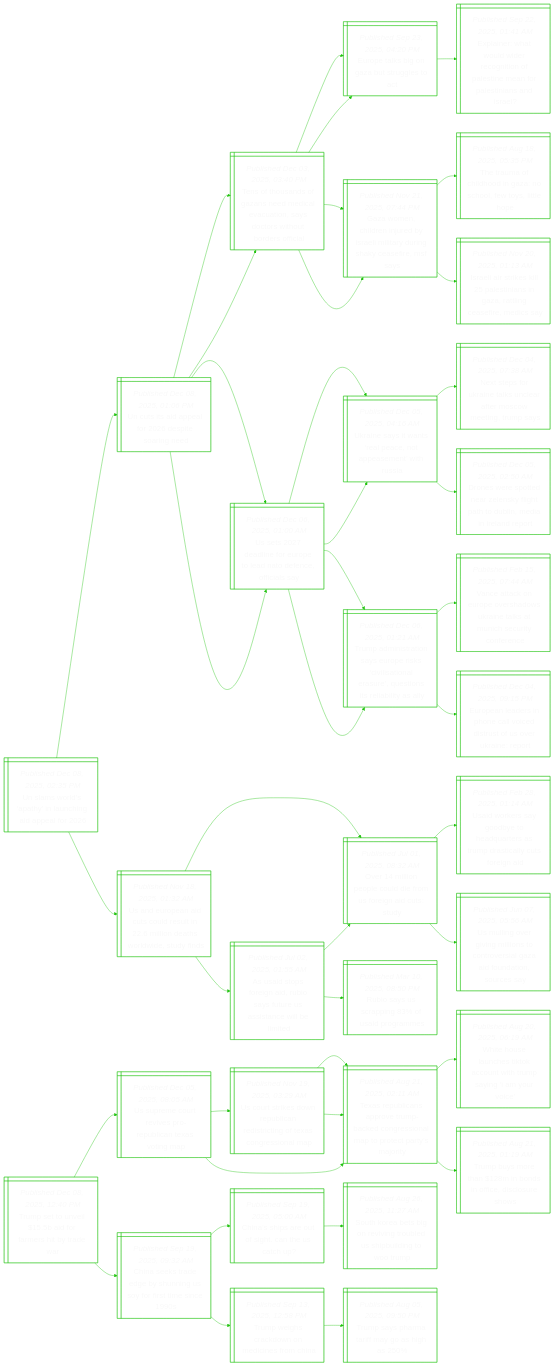
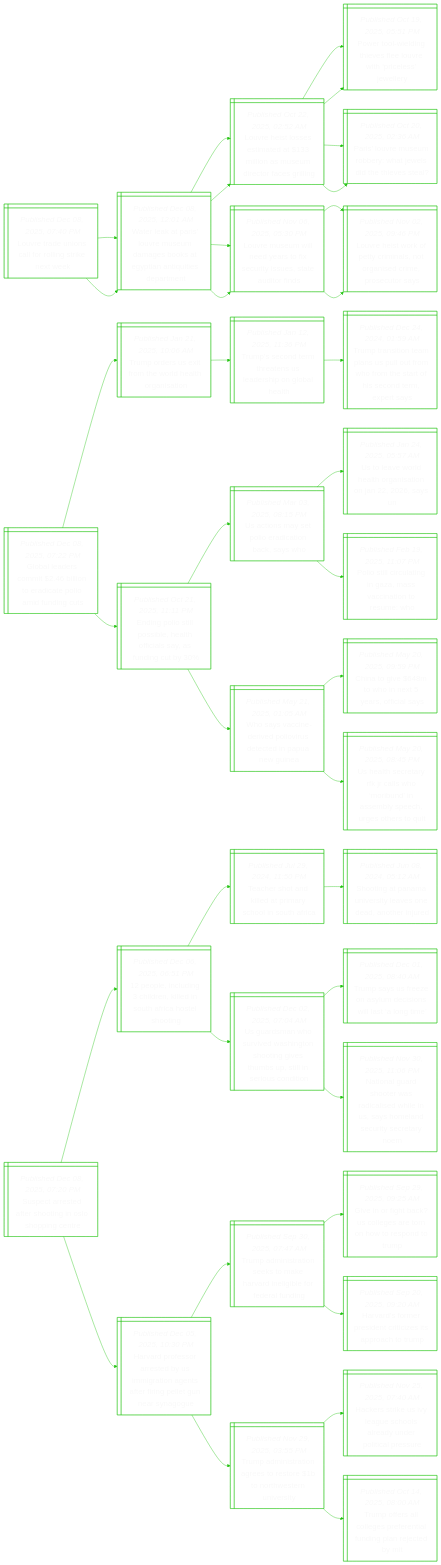
The diagram in README.md (notJmes/notJmes), drawn with Mermaid before and after one commit. The commit also changed other lines of this file, not shown here.

````diff
--- a/README.md
+++ b/README.md
@@ -16,133 +16,121 @@
 flowchart LR
 classDef txtsize font-size:20px;
 
-Umlancapo@{ shape: win-pane, label: "_Published Dec 08, 2025, 02:35 PM_
-Un slams world’s ‘apathy’ in launching aid appeal for 2026" }
-Usierian@{ shape: win-pane, label: "_Published Dec 08, 2025, 01:06 PM_
-Un cuts its aid appeal for 2026 despite soaring need" }
-TfsoaeivtacWudfa@{ shape: win-pane, label: "_Published Dec 03, 2025, 03:40 PM_
-Tens of thousands of gazans need medical evacuation, says doctors without borders official" }
-Eesnbrec@{ shape: win-pane, label: "_Published Sep 23, 2025, 04:20 PM_
-Europe talks big on gaza but struggles to act" }
-Goheuyelynksea@{ shape: win-pane, label: "_Published Nov 21, 2025, 07:44 PM_
-Gaza women, children injured by israeli military during shaky ceasefire, msf says" }
-UsloolAfoia@{ shape: win-pane, label: "_Published Dec 06, 2025, 01:00 AM_
-Us sets 2027 deadline for europe to lead nato defence, officials say" }
-UnsnacastRa@{ shape: win-pane, label: "_Published Dec 05, 2025, 04:16 AM_
-Ukraine says it wants ‘real peace, not appeasement’ with russia" }
-Taitariisnaqitiia@{ shape: win-pane, label: "_Published Dec 06, 2025, 01:21 AM_
-Trump administration says europe risks ‘civilisational erasure’, questions its reliability as ally" }
-UEedcrtldsdsf@{ shape: win-pane, label: "_Published Nov 18, 2025, 01:32 AM_
-Us and european aid cuts could result in 22.6 million deaths worldwide, study finds" }
-OinllfSidS@{ shape: win-pane, label: "_Published Jul 01, 2025, 08:32 AM_
-Over 14 million people could die from us foreign aid cuts: study" }
-Uwrgyeasuaaura@{ shape: win-pane, label: "_Published Feb 28, 2025, 01:14 AM_
-Usaid workers say goodbye to headquarters as trump drastically cuts foreign aid" }
-Ulvvinovaaotos@{ shape: win-pane, label: "_Published Jun 07, 2025, 05:56 AM_
-Us mulling over giving millions to controversial gaza aid foundation, sources say" }
-Aipeiisrsaile@{ shape: win-pane, label: "_Published Jul 02, 2025, 01:55 AM_
-As usaid stops foreign aid, rubio says future us assistance will be limited" }
-RsSpoige@{ shape: win-pane, label: "_Published Mar 10, 2025, 08:50 PM_
-Rubio says us scrapping 83% of usaid programmes" }
-OinllfSidS@{ shape: win-pane, label: "_Published Jul 01, 2025, 08:32 AM_
-Over 14 million people could die from us foreign aid cuts: study" }
+Leenlogkt@{ shape: win-pane, label: "_Published Dec 08, 2025, 07:40 PM_
+Louvre trade unions call for rolling strike next week" }
+Wltsrembapausrt@{ shape: win-pane, label: "_Published Dec 08, 2025, 12:01 AM_
+Water leak at paris’ louvre museum damages books at egyptian antiquities department" }
+Leteidlaerrsl@{ shape: win-pane, label: "_Published Oct 22, 2025, 02:52 AM_
+Louvre heist losses estimated at $133 million as museum director faces grilling" }
+Ptineluiisey@{ shape: win-pane, label: "_Published Oct 19, 2025, 05:51 PM_
+Power tool-wielding thieves flee louvre with ‘priceless’ jewellery" }
+PLeubhwitea@{ shape: win-pane, label: "_Published Oct 20, 2025, 02:36 AM_
+Paris’ louvre museum robbery: what jewels did the thieves steal?" }
+Leulytsisturs@{ shape: win-pane, label: "_Published Nov 06, 2025, 05:30 PM_
+Louvre museum will need years to fix security issues, state auditor finds" }
+Letotmsrsioty@{ shape: win-pane, label: "_Published Nov 02, 2025, 09:46 PM_
+Louvre heist work of petty criminals, not organised crime, prosecutor says" }
+Wltsrembapausrt@{ shape: win-pane, label: "_Published Dec 08, 2025, 12:01 AM_
+Water leak at paris’ louvre museum damages books at egyptian antiquities department" }
+Leteidlaerrsl@{ shape: win-pane, label: "_Published Oct 22, 2025, 02:52 AM_
+Louvre heist losses estimated at $133 million as museum director faces grilling" }
+Ptineluiisey@{ shape: win-pane, label: "_Published Oct 19, 2025, 05:51 PM_
+Power tool-wielding thieves flee louvre with ‘priceless’ jewellery" }
+PLeubhwitea@{ shape: win-pane, label: "_Published Oct 20, 2025, 02:36 AM_
+Paris’ louvre museum robbery: what jewels did the thieves steal?" }
+Leulytsisturs@{ shape: win-pane, label: "_Published Nov 06, 2025, 05:30 PM_
+Louvre museum will need years to fix security issues, state auditor finds" }
+Letotmsrsioty@{ shape: win-pane, label: "_Published Nov 02, 2025, 09:46 PM_
+Louvre heist work of petty criminals, not organised crime, prosecutor says" }
 
-Umlancapo:::txtsize --> Usierian:::txtsize
-Usierian:::txtsize --> TfsoaeivtacWudfa:::txtsize
-TfsoaeivtacWudfa:::txtsize --> Eesnbrec:::txtsize
-TfsoaeivtacWudfa:::txtsize --> Goheuyelynksea:::txtsize
-Usierian:::txtsize --> UsloolAfoia:::txtsize
-UsloolAfoia:::txtsize --> UnsnacastRa:::txtsize
-UsloolAfoia:::txtsize --> Taitariisnaqitiia:::txtsize
-Umlancapo:::txtsize --> UEedcrtldsdsf:::txtsize
-UEedcrtldsdsf:::txtsize --> OinllfSidS:::txtsize
-OinllfSidS:::txtsize --> Uwrgyeasuaaura:::txtsize
-OinllfSidS:::txtsize --> Ulvvinovaaotos:::txtsize
-UEedcrtldsdsf:::txtsize --> Aipeiisrsaile:::txtsize
-Aipeiisrsaile:::txtsize --> RsSpoige:::txtsize
-Aipeiisrsaile:::txtsize --> OinllfSidS:::txtsize
+Leenlogkt:::txtsize --> Wltsrembapausrt:::txtsize
+Wltsrembapausrt:::txtsize --> Leteidlaerrsl:::txtsize
+Leteidlaerrsl:::txtsize --> Ptineluiisey:::txtsize
+Leteidlaerrsl:::txtsize --> PLeubhwitea:::txtsize
+Wltsrembapausrt:::txtsize --> Leulytsisturs:::txtsize
+Leulytsisturs:::txtsize --> Letotmsrsioty:::txtsize
+Leenlogkt:::txtsize --> Wltsrembapausrt:::txtsize
+Wltsrembapausrt:::txtsize --> Leteidlaerrsl:::txtsize
+Leteidlaerrsl:::txtsize --> Ptineluiisey:::txtsize
+Leteidlaerrsl:::txtsize --> PLeubhwitea:::txtsize
+Wltsrembapausrt:::txtsize --> Leulytsisturs:::txtsize
+Leulytsisturs:::txtsize --> Letotmsrsioty:::txtsize
 
-Usierian@{ shape: win-pane, label: "_Published Dec 08, 2025, 01:06 PM_
-Un cuts its aid appeal for 2026 despite soaring need" }
-TfsoaeivtacWudfa@{ shape: win-pane, label: "_Published Dec 03, 2025, 03:40 PM_
-Tens of thousands of gazans need medical evacuation, says doctors without borders official" }
-Eesnbrec@{ shape: win-pane, label: "_Published Sep 23, 2025, 04:20 PM_
-Europe talks big on gaza but struggles to act" }
-Eihudctfsmoeina@{ shape: win-pane, label: "_Published Sep 22, 2025, 01:41 AM_
-Explainer: what would wider recognition of palestine mean for palestinians and israel?" }
-Goheuyelynksea@{ shape: win-pane, label: "_Published Nov 21, 2025, 07:44 PM_
-Gaza women, children injured by israeli military during shaky ceasefire, msf says" }
-Tafdiahesle@{ shape: win-pane, label: "_Published Aug 18, 2025, 05:35 PM_
-The trauma of childhood in gaza: no school, few toys, little hope" }
-IlselsaGansec@{ shape: win-pane, label: "_Published Nov 20, 2025, 01:13 AM_
-Israeli air strikes kill 25 palestinians in gaza, rattling ceasefire, medics say" }
-UsloolAfoia@{ shape: win-pane, label: "_Published Dec 06, 2025, 01:00 AM_
-Us sets 2027 deadline for europe to lead nato defence, officials say" }
-UnsnacastRa@{ shape: win-pane, label: "_Published Dec 05, 2025, 04:16 AM_
-Ukraine says it wants ‘real peace, not appeasement’ with russia" }
-Ntoaanrrotra@{ shape: win-pane, label: "_Published Dec 04, 2025, 07:38 AM_
-Next steps for ukraine talks unclear after moscow meeting, trump says" }
-Dssernlpoiirdr@{ shape: win-pane, label: "_Published Dec 05, 2025, 02:50 AM_
-Drones were spotted near zelensky flight path to dublin, media in ireland report" }
-Taitariisnaqitiia@{ shape: win-pane, label: "_Published Dec 06, 2025, 01:21 AM_
-Trump administration says europe risks ‘civilisational erasure’, questions its reliability as ally" }
-VakrvaUnkusinn@{ shape: win-pane, label: "_Published Feb 15, 2025, 07:44 AM_
-Vance attack on europe overshadows ukraine talks at munich security conference" }
-EeainletovrRt@{ shape: win-pane, label: "_Published Dec 04, 2025, 09:15 PM_
-European leaders in phone call voiced distrust of us over ukraine: report" }
+Gleminatidit@{ shape: win-pane, label: "_Published Dec 08, 2025, 07:22 PM_
+Global leaders commit $2.46 billion to eradicate polio amid funding cuts" }
+TosimoeOio@{ shape: win-pane, label: "_Published Jan 21, 2025, 10:06 AM_
+Trump orders us exit from the world health organisation" }
+TsnmaUdilhh@{ shape: win-pane, label: "_Published Jan 12, 2025, 11:36 PM_
+Trump’s second term threatens us leadership on global health" }
+TtitlSoofhriorey@{ shape: win-pane, label: "_Published Dec 24, 2024, 01:59 AM_
+Trump transition team plans us pull out from who from the start of his second term, expert says" }
+Egolieoiaugy@{ shape: win-pane, label: "_Published Oct 21, 2025, 11:11 PM_
+Ending polio still possible, health officials say, as funding cut by 30%" }
+UiapecnsH@{ shape: win-pane, label: "_Published Mar 03, 2025, 08:15 PM_
+Us actions may set polio eradication back, says who" }
+UeoeOioas@{ shape: win-pane, label: "_Published Jan 24, 2025, 05:57 AM_
+Us to leave world health organisation on jan 22, 2026, says un" }
+PsclgzsioeW@{ shape: win-pane, label: "_Published Feb 19, 2025, 11:07 PM_
+Polio still circulating in gaza, mass vaccination to resume: who" }
+Wycedoscnau@{ shape: win-pane, label: "_Published May 21, 2025, 01:05 AM_
+Who says vaccine-derived poliovirus detected in papua new guinea" }
+CteHeafl@{ shape: win-pane, label: "_Published May 20, 2025, 09:59 PM_
+China to give $648m to who in next 5 years, official says" }
+UlcrJlmuaberttt@{ shape: win-pane, label: "_Published May 20, 2025, 08:45 PM_
+Us health secretary rfk jr calls who ‘moribund’ in assembly speech, urges others to quit" }
 
-Usierian:::txtsize --> TfsoaeivtacWudfa:::txtsize
-TfsoaeivtacWudfa:::txtsize --> Eesnbrec:::txtsize
-Eesnbrec:::txtsize --> Eihudctfsmoeina:::txtsize
-TfsoaeivtacWudfa:::txtsize --> Goheuyelynksea:::txtsize
-Goheuyelynksea:::txtsize --> Tafdiahesle:::txtsize
-Goheuyelynksea:::txtsize --> IlselsaGansec:::txtsize
-Usierian:::txtsize --> UsloolAfoia:::txtsize
-UsloolAfoia:::txtsize --> UnsnacastRa:::txtsize
-UnsnacastRa:::txtsize --> Ntoaanrrotra:::txtsize
-UnsnacastRa:::txtsize --> Dssernlpoiirdr:::txtsize
-UsloolAfoia:::txtsize --> Taitariisnaqitiia:::txtsize
-Taitariisnaqitiia:::txtsize --> VakrvaUnkusinn:::txtsize
-Taitariisnaqitiia:::txtsize --> EeainletovrRt:::txtsize
+Gleminatidit:::txtsize --> TosimoeOio:::txtsize
+TosimoeOio:::txtsize --> TsnmaUdilhh:::txtsize
+TsnmaUdilhh:::txtsize --> TtitlSoofhriorey:::txtsize
+Gleminatidit:::txtsize --> Egolieoiaugy:::txtsize
+Egolieoiaugy:::txtsize --> UiapecnsH:::txtsize
+UiapecnsH:::txtsize --> UeoeOioas:::txtsize
+UiapecnsH:::txtsize --> PsclgzsioeW:::txtsize
+Egolieoiaugy:::txtsize --> Wycedoscnau:::txtsize
+Wycedoscnau:::txtsize --> CteHeafl:::txtsize
+Wycedoscnau:::txtsize --> UlcrJlmuaberttt:::txtsize
 
-Tsulfrhtw@{ shape: win-pane, label: "_Published Dec 08, 2025, 12:40 PM_
-Trump set to unveil $15.5b aid for farmers hit by trade war" }
-Uroeseieom@{ shape: win-pane, label: "_Published Dec 05, 2025, 08:05 AM_
-Us supreme court revives pro-republican texas voting map" }
-Uriopcdigxnsl@{ shape: win-pane, label: "_Published Nov 19, 2025, 03:29 AM_
-Us court strikes down republican redistricting of texas congressional map" }
-TRlsoucosattami@{ shape: win-pane, label: "_Published Aug 21, 2025, 02:11 AM_
-Texas republicans approve trump-backed congressional map to protect party’s majority" }
-TRlsoucosattami@{ shape: win-pane, label: "_Published Aug 21, 2025, 02:11 AM_
-Texas republicans approve trump-backed congressional map to protect party’s majority" }
-TRlsoucosattami@{ shape: win-pane, label: "_Published Aug 21, 2025, 02:11 AM_
-Texas republicans approve trump-backed congressional map to protect party’s majority" }
-WHlhkctTsgoi@{ shape: win-pane, label: "_Published Aug 20, 2025, 06:19 AM_
-White house launches tiktok account with trump saying ‘i am your voice’" }
-Tboabiisuo@{ shape: win-pane, label: "_Published Aug 21, 2025, 01:19 AM_
-Trump buys more than $128m in bonds in office, disclosure shows" }
-CsteynSosee@{ shape: win-pane, label: "_Published Sep 19, 2025, 09:32 AM_
-China seeks trade edge by shunning us soy for first time since 1990s" }
-CssuiaUc@{ shape: win-pane, label: "_Published Sep 19, 2025, 05:00 AM_
-China’s ships are out of sight. can the us catch up?" }
-SKbienuUpdor@{ shape: win-pane, label: "_Published Aug 26, 2025, 11:27 AM_
-South korea bets big on reviving troubled us shipbuilding to woo trump" }
-TwskoisC@{ shape: win-pane, label: "_Published Sep 13, 2025, 12:58 PM_
-Trump weighs crackdown on medicines from china" }
-Tshtfog@{ shape: win-pane, label: "_Published Aug 05, 2025, 09:50 PM_
-Trump says pharma tariff may go as high as 250%" }
+SceasiOhnt@{ shape: win-pane, label: "_Published Dec 08, 2025, 07:20 PM_
+Suspect arrested after shooting in oslo shopping centre" }
+peucrlnhctog@{ shape: win-pane, label: "_Published Dec 06, 2025, 06:51 PM_
+12 people, including 3 children, killed in south africa hostel shooting" }
+Tetiamciti@{ shape: win-pane, label: "_Published Jul 29, 2024, 11:50 PM_
+Teacher shot and killed at primary school in south africa" }
+SiPaeyednrr@{ shape: win-pane, label: "_Published Jun 08, 2024, 05:12 AM_
+Shooting at panama university leaves one dead, another injured" }
+Urnuehoogtsisudn@{ shape: win-pane, label: "_Published Dec 02, 2025, 07:04 AM_
+Us guardsman who survived washington shooting gives thumbs up, still in serious condition" }
+TsSzsdiisne@{ shape: win-pane, label: "_Published Dec 01, 2025, 08:40 AM_
+Trump says us freeze on asylum decisions will last ‘a long time’" }
+NnaowdihnyeSicrm@{ shape: win-pane, label: "_Published Nov 30, 2025, 11:06 PM_
+National guard shooter was radicalised while in us, says homeland security secretary noem" }
+Hrfrsymtgafgenyg@{ shape: win-pane, label: "_Published Dec 05, 2025, 10:30 PM_
+Harvard professor arrested by us immigration agents after firing pellet gun near synagogue" }
+TaiteoHrllfad@{ shape: win-pane, label: "_Published Sep 30, 2025, 07:47 AM_
+Trump administration seeks to make harvard ineligible for federal funding" }
+GngcoetnooT@{ shape: win-pane, label: "_Published Sep 29, 2025, 09:25 AM_
+Give in or fight back? us colleges are torn on how to respond to trump" }
+Hrrreizsoop@{ shape: win-pane, label: "_Published Sep 20, 2025, 09:20 AM_
+Harvard’s former president criticizes its approach to trump" }
+Taitgtttttns@{ shape: win-pane, label: "_Published Nov 29, 2025, 03:55 PM_
+Trump administration agrees to restore $1b to northwestern university" }
+HriIacsadlas@{ shape: win-pane, label: "_Published Nov 25, 2025, 07:40 AM_
+Hackers strike us ivy league schools already under political pressure" }
+TosoeftugrtM@{ shape: win-pane, label: "_Published Oct 14, 2025, 08:00 AM_
+Trump offers all colleges preferential funding plan rejected by mit" }
 
-Tsulfrhtw:::txtsize --> Uroeseieom:::txtsize
-Uroeseieom:::txtsize --> Uriopcdigxnsl:::txtsize
-Uriopcdigxnsl:::txtsize --> TRlsoucosattami:::txtsize
-Uriopcdigxnsl:::txtsize --> TRlsoucosattami:::txtsize
-Uroeseieom:::txtsize --> TRlsoucosattami:::txtsize
-TRlsoucosattami:::txtsize --> WHlhkctTsgoi:::txtsize
-TRlsoucosattami:::txtsize --> Tboabiisuo:::txtsize
-Tsulfrhtw:::txtsize --> CsteynSosee:::txtsize
-CsteynSosee:::txtsize --> CssuiaUc:::txtsize
-CssuiaUc:::txtsize --> SKbienuUpdor:::txtsize
-CsteynSosee:::txtsize --> TwskoisC:::txtsize
-TwskoisC:::txtsize --> Tshtfog:::txtsize
+SceasiOhnt:::txtsize --> peucrlnhctog:::txtsize
+peucrlnhctog:::txtsize --> Tetiamciti:::txtsize
+Tetiamciti:::txtsize --> SiPaeyednrr:::txtsize
+peucrlnhctog:::txtsize --> Urnuehoogtsisudn:::txtsize
+Urnuehoogtsisudn:::txtsize --> TsSzsdiisne:::txtsize
+Urnuehoogtsisudn:::txtsize --> NnaowdihnyeSicrm:::txtsize
+SceasiOhnt:::txtsize --> Hrfrsymtgafgenyg:::txtsize
+Hrfrsymtgafgenyg:::txtsize --> TaiteoHrllfad:::txtsize
+TaiteoHrllfad:::txtsize --> GngcoetnooT:::txtsize
+TaiteoHrllfad:::txtsize --> Hrrreizsoop:::txtsize
+Hrfrsymtgafgenyg:::txtsize --> Taitgtttttns:::txtsize
+Taitgtttttns:::txtsize --> HriIacsadlas:::txtsize
+Taitgtttttns:::txtsize --> TosoeftugrtM:::txtsize
 
 ```
````
